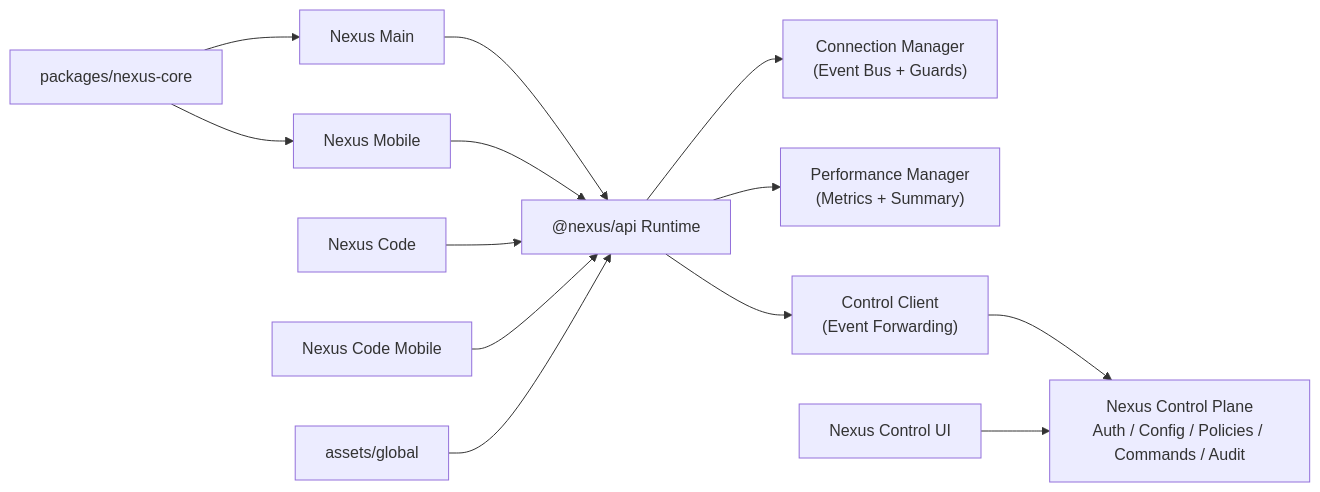
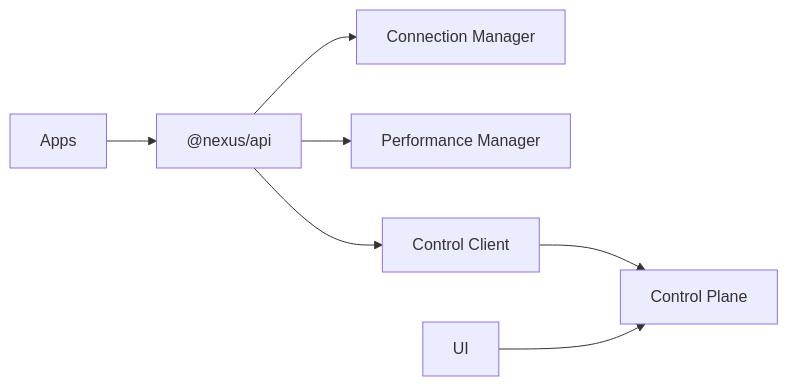
Before and after one commit to YoungJibbit95/Nexus-Ecosystem: the diagram in README.md, drawn with Mermaid. The commit also changed other lines of this file, not shown here.

````diff
--- a/README.md
+++ b/README.md
@@ -65,18 +55,9 @@
 ```mermaid
 flowchart LR
-  A["Nexus Main"] --> R["@nexus/api Runtime"]
-  B["Nexus Mobile"] --> R
-  C["Nexus Code"] --> R
-  D["Nexus Code Mobile"] --> R
-
-  R --> E["Connection Manager\n(Event Bus + Guards)"]
-  R --> F["Performance Manager\n(Metrics + Summary)"]
-  R --> G["Control Client\n(Event Forwarding)"]
-
-  G --> H["Nexus Control Plane\nAuth / Config / Policies / Commands / Audit"]
-  I["Nexus Control UI"] --> H
-
-  K["packages/nexus-core"] --> A
-  K --> B
-  L["assets/global"] --> R
+A["Apps"] --> R["@nexus/api"]
+R --> C["Connection Manager"]
+R --> P["Performance Manager"]
+R --> CL["Control Client"]
+CL --> CP["Control Plane"]
+UI --> CP
 ```
````
